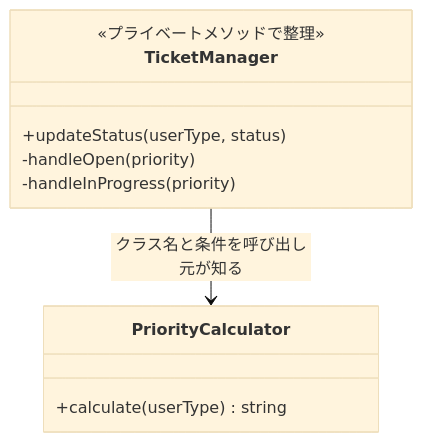
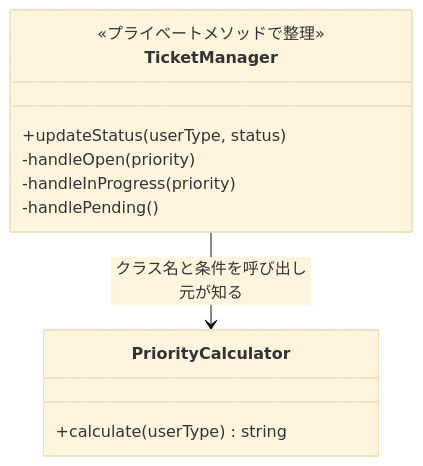
Before and after one commit to kumachan1101-pixel/DesignPattern: the seventh of 16 diagrams in kindle/design-patterns/output/chapter09_2.md, drawn with Mermaid (base theme). The commit also changed other lines of this file and 17 other files, not shown here.

````diff
--- a/kindle/design-patterns/output/chapter09_2.md
+++ b/kindle/design-patterns/output/chapter09_2.md
@@ -748,13 +774,14 @@
 ```mermaid
 classDiagram
     class TicketManager {
         <<プライベートメソッドで整理>>
         +updateStatus(userType, status)
         -handleOpen(priority)
         -handleInProgress(priority)
+        -handlePending()
     }
     class PriorityCalculator {
         +calculate(userType) string
     }
     TicketManager --> PriorityCalculator : クラス名と条件を呼び出し元が知る
 ```
````
